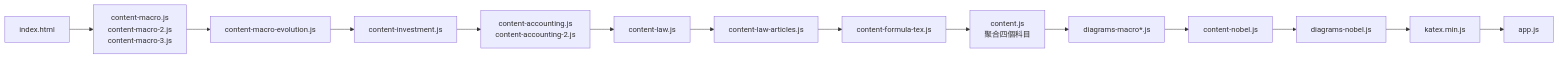
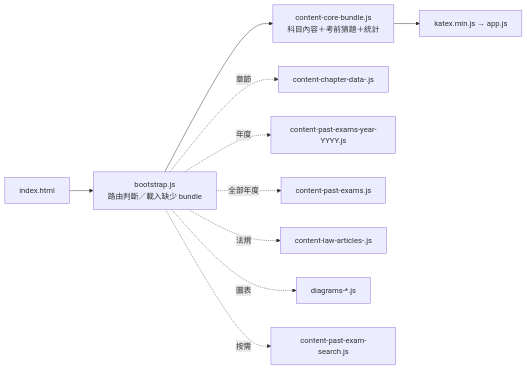
The second of 5 diagrams in documents/architecture.md (solo0920/analysis), drawn with Mermaid before and after one commit. The commit also changed other lines of this file and 118 other files, not shown here.

Commit message:
Add soft bundle navigation, past-exam search, and performance bundle

````diff
--- a/documents/architecture.md
+++ b/documents/architecture.md
@@ -91,16 +91,12 @@
 ```mermaid
 flowchart LR
-  HTML["index.html"] --> Macro["content-macro.js<br/>content-macro-2.js<br/>content-macro-3.js"]
-  Macro --> Evolution["content-macro-evolution.js"]
-  Evolution --> Investment["content-investment.js"]
-  Investment --> Accounting["content-accounting.js<br/>content-accounting-2.js"]
-  Accounting --> Law["content-law.js"]
-  Law --> LawArticles["content-law-articles.js"]
-  LawArticles --> Formula["content-formula-tex.js"]
-  Formula --> Content["content.js<br/>聚合四個科目"]
-  Content --> MacroDiagrams["diagrams-macro*.js"]
-  MacroDiagrams --> Nobel["content-nobel.js"]
-  Nobel --> NobelDiagrams["diagrams-nobel.js"]
-  NobelDiagrams --> Katex["katex.min.js"]
-  Katex --> App["app.js"]
+  HTML["index.html"] --> B["bootstrap.js<br/>路由判斷／載入缺少 bundle"]
+  B --> Core["content-core-bundle.js<br/>科目內容＋考前猜題＋統計"]
+  Core --> App["katex.min.js → app.js"]
+  B -.->|章節| Chapter["content-chapter-data-<id>.js"]
+  B -.->|年度| Year["content-past-exams-year-YYYY.js"]
+  B -.->|全部年度| All["content-past-exams.js"]
+  B -.->|法規| Law["content-law-articles-<id>.js"]
+  B -.->|圖表| Diagrams["diagrams-*.js"]
+  B -.->|按需| Search["content-past-exam-search.js"]
 ```
````
